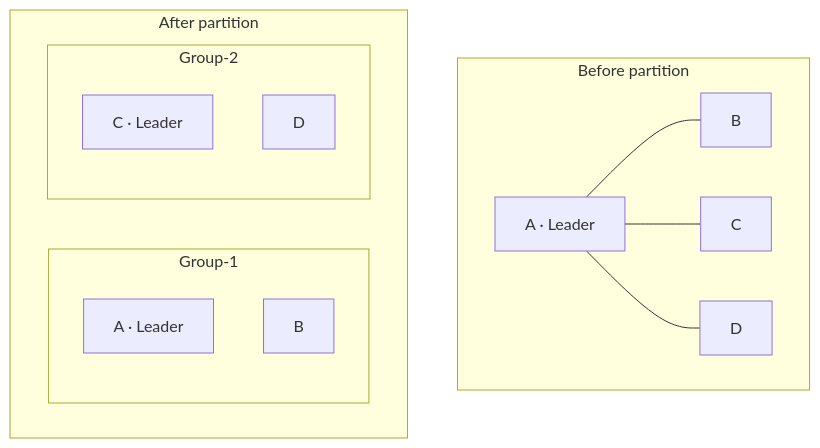
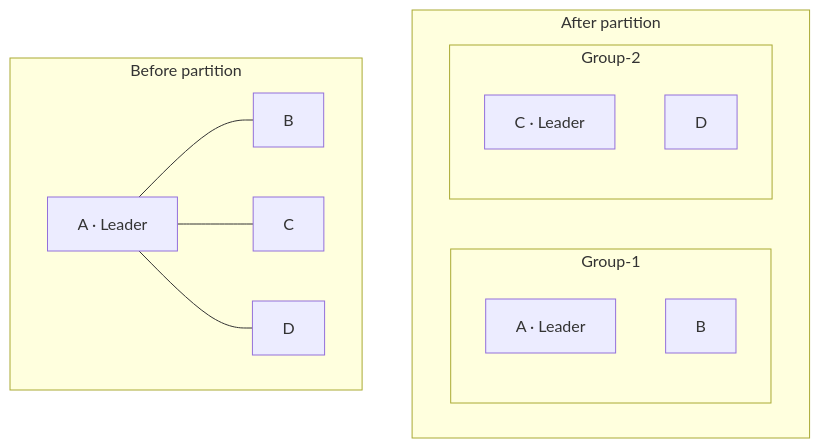
Before and after one commit to hareramcse/SystemDesign: diagram 32 of 43 in 05-distributed-databases/README.md, drawn with Mermaid. The commit also changed other lines of this file and 14 other files, not shown here.

````diff
--- a/05-distributed-databases/README.md
+++ b/05-distributed-databases/README.md
@@ -3704,18 +2076,21 @@
 ```mermaid
-flowchart TB
-    subgraph Before[Before partition]
+flowchart LR
+    subgraph Before["Before partition"]
+        direction LR
         AL[A · Leader] --- B1[B]
         AL --- C1[C]
         AL --- D1[D]
     end
-    subgraph After[After partition]
-        subgraph G1[Group-1]
+    subgraph After["After partition"]
+        direction LR
+        subgraph G1["Group-1"]
             A2[A · Leader]
             B2[B]
         end
-        subgraph G2[Group-2]
+        subgraph G2["Group-2"]
             C2[C · Leader]
             D2[D]
         end
     end
+    Before ~~~ After
 ```
````
